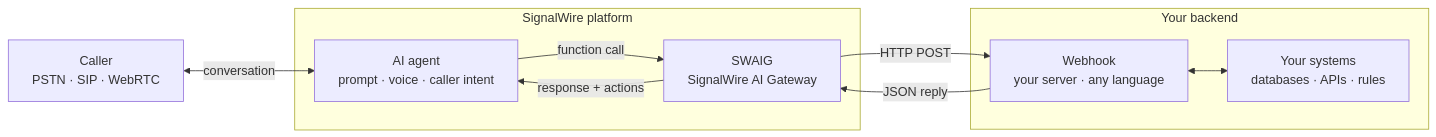
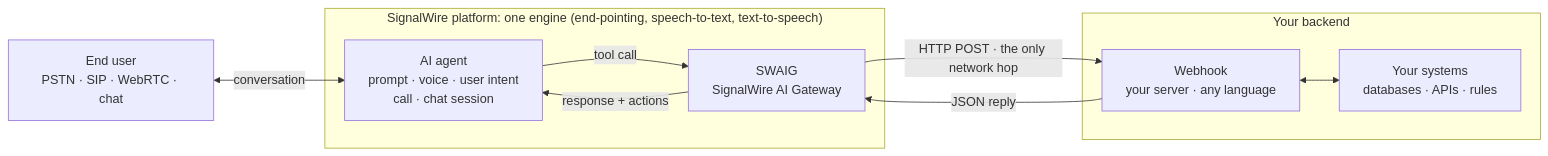
The diagram in fern/products/platform/pages/ai/overview.mdx (signalwire/docs), drawn with Mermaid before and after one commit. The commit also changed other lines of this file and 3 other files, not shown here.

````diff
--- a/fern/products/platform/pages/ai/overview.mdx
+++ b/fern/products/platform/pages/ai/overview.mdx
@@ -50,21 +40,21 @@
 ```mermaid
 flowchart LR
-    Caller["Caller<br/>PSTN · SIP · WebRTC"]
+    EndUser["End user<br/>PSTN · SIP · WebRTC · chat"]
 
-    subgraph SW["SignalWire platform"]
-        Agent["AI agent<br/>prompt · voice · caller intent"]
+    subgraph SW["SignalWire platform: one engine (end-pointing, speech-to-text, text-to-speech)"]
+        Agent["AI agent<br/>prompt · voice · user intent<br/>call · chat session"]
         SWAIG["SWAIG<br/>SignalWire AI Gateway"]
     end
 
     subgraph BE["Your backend"]
         Webhook["Webhook<br/>your server · any language"]
         Systems["Your systems<br/>databases · APIs · rules"]
     end
 
-    Caller <-->|conversation| Agent
-    Agent -->|function call| SWAIG
+    EndUser <-->|conversation| Agent
+    Agent -->|tool call| SWAIG
     SWAIG -->|response + actions| Agent
-    SWAIG -->|HTTP POST| Webhook
+    SWAIG -->|"HTTP POST · the only network hop"| Webhook
     Webhook -->|JSON reply| SWAIG
     Webhook <--> Systems
 ```
````
